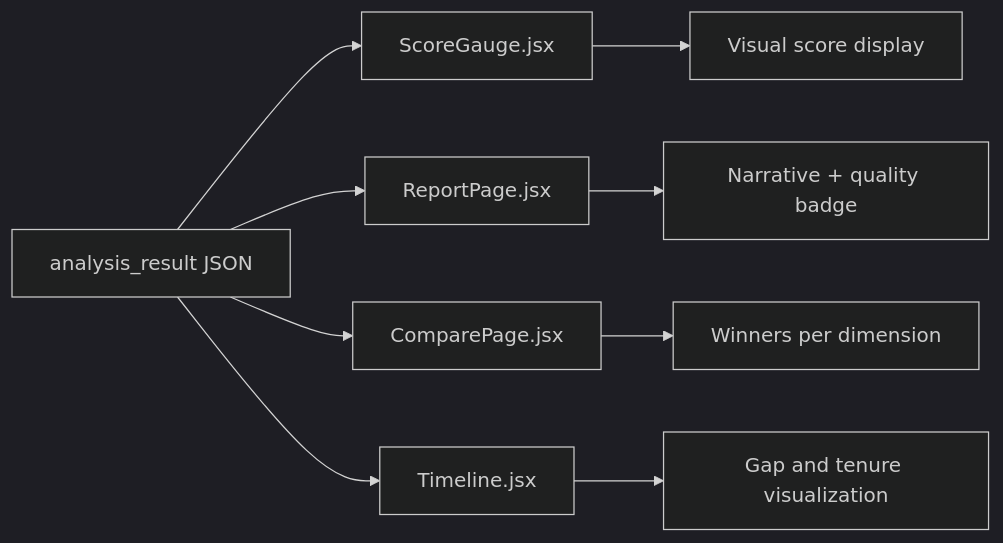
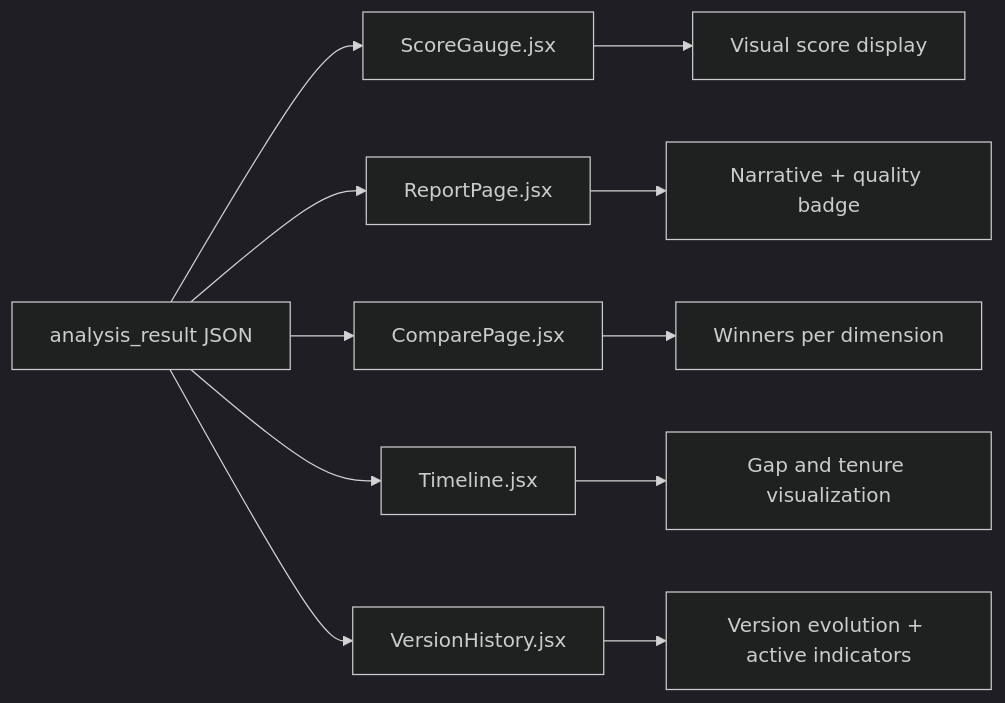
The seventh of 8 diagrams in .qoder/repowiki/en/content/Candidate Management/Analysis History and Tracking.md (Revanththetalogics/aireume), drawn with Mermaid (dark theme) before and after one commit. The commit also changed other lines of this file and 20 other files, not shown here.

````diff
--- a/.qoder/repowiki/en/content/Candidate Management/Analysis History and Tracking.md
+++ b/.qoder/repowiki/en/content/Candidate Management/Analysis History and Tracking.md
@@ -257,11 +285,13 @@
 ```mermaid
 graph LR
 A["analysis_result JSON"] --> B["ScoreGauge.jsx"]
 A --> C["ReportPage.jsx"]
 A --> D["ComparePage.jsx"]
 A --> E["Timeline.jsx"]
-B --> F["Visual score display"]
-C --> G["Narrative + quality badge"]
-D --> H["Winners per dimension"]
-E --> I["Gap and tenure visualization"]
+A --> F["VersionHistory.jsx"]
+B --> G["Visual score display"]
+C --> H["Narrative + quality badge"]
+D --> I["Winners per dimension"]
+E --> J["Gap and tenure visualization"]
+F --> K["Version evolution + active indicators"]
 ```
````
